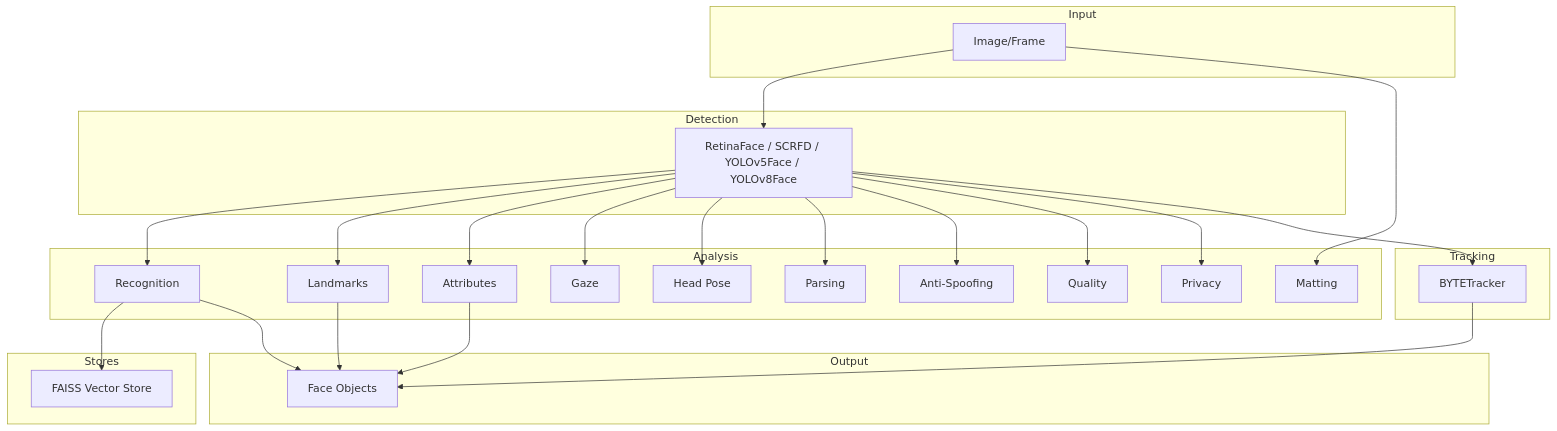
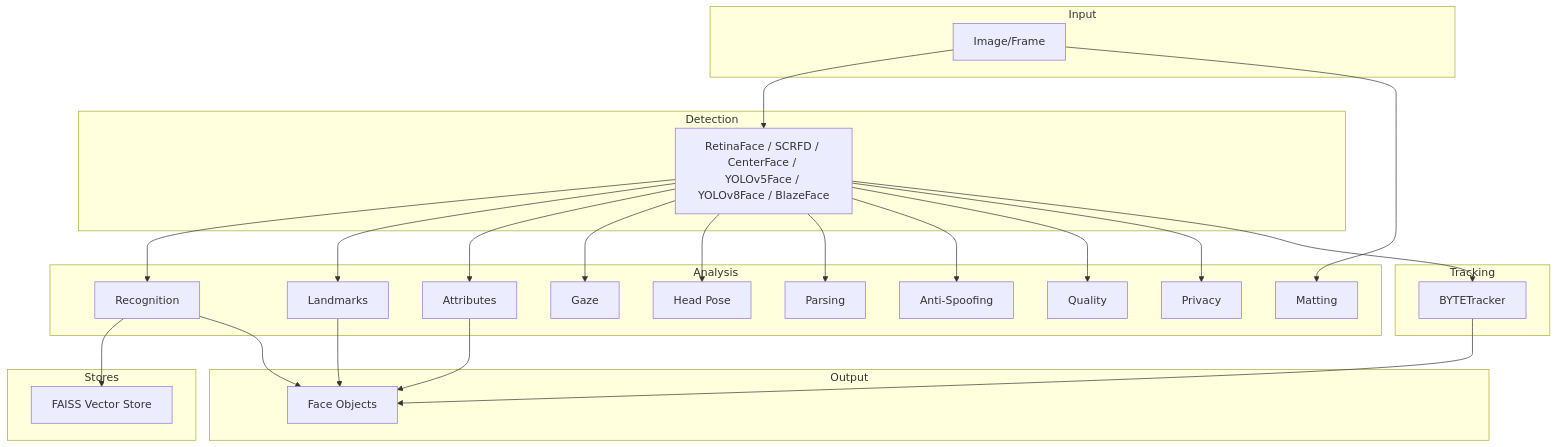
Before and after one commit to yakhyo/uniface: the diagram in docs/concepts/overview.md, drawn with Mermaid. The commit also changed other lines of this file and 52 other files, not shown here.

````diff
--- a/docs/concepts/overview.md
+++ b/docs/concepts/overview.md
@@ -11,53 +11,53 @@
 ```mermaid
 graph TB
     subgraph Input
         IMG[Image/Frame]
     end
 
     subgraph Detection
-        DET[RetinaFace / SCRFD / YOLOv5Face / YOLOv8Face]
+        DET[RetinaFace / SCRFD / CenterFace / YOLOv5Face / YOLOv8Face / BlazeFace]
     end
 
     subgraph Analysis
         REC[Recognition]
         LMK[Landmarks]
         ATTR[Attributes]
         GAZE[Gaze]
         HPOSE[Head Pose]
         PARSE[Parsing]
         SPOOF[Anti-Spoofing]
         QUAL[Quality]
         MATT[Matting]
         PRIV[Privacy]
     end
 
     subgraph Tracking
         TRK[BYTETracker]
     end
 
     subgraph Stores
         IDX[FAISS Vector Store]
     end
 
     subgraph Output
         FACE[Face Objects]
     end
 
     IMG --> DET
     IMG --> MATT
     DET --> REC
     DET --> LMK
     DET --> ATTR
     DET --> GAZE
     DET --> HPOSE
     DET --> PARSE
     DET --> SPOOF
     DET --> QUAL
     DET --> PRIV
     DET --> TRK
     REC --> IDX
     REC --> FACE
     LMK --> FACE
     ATTR --> FACE
     TRK --> FACE
 ```
````
